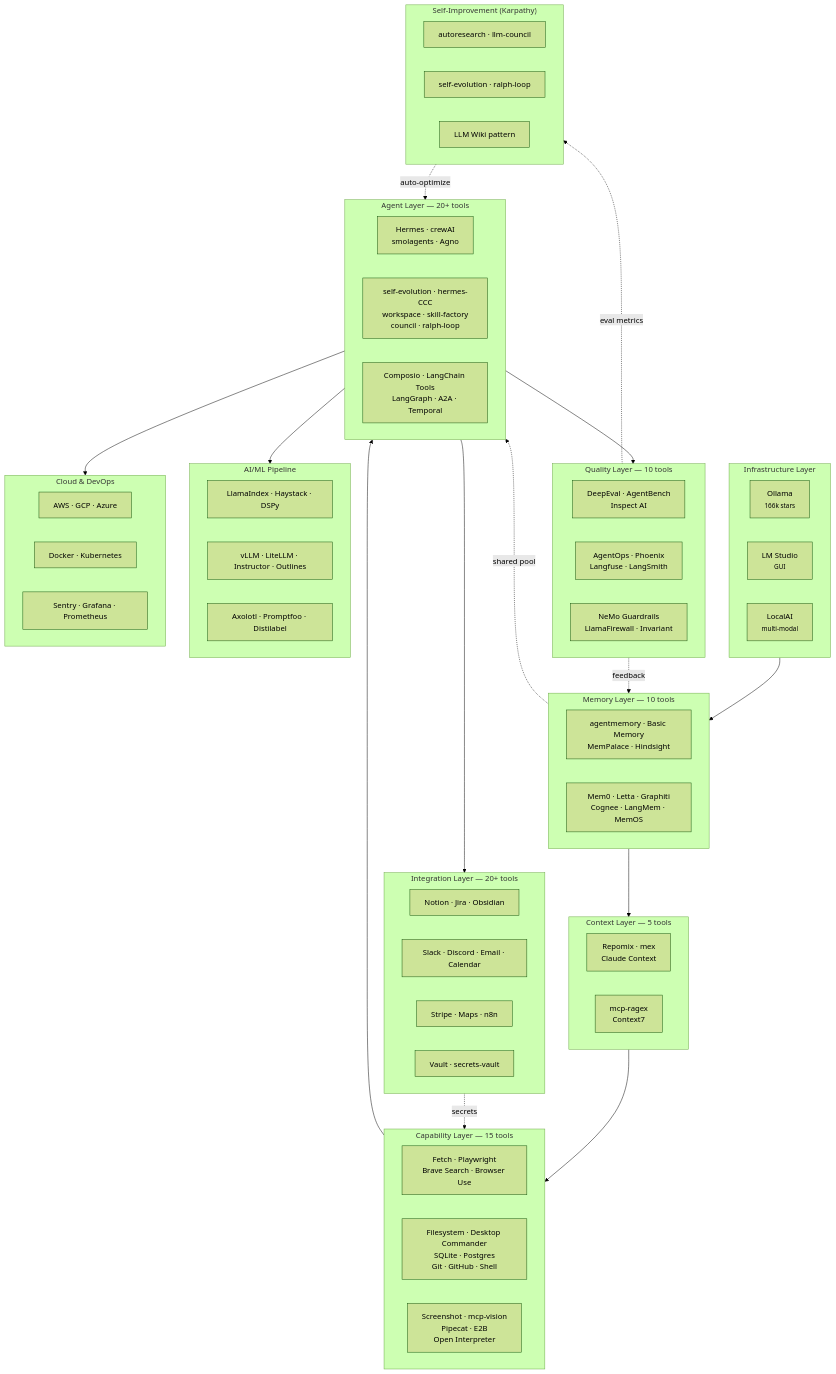
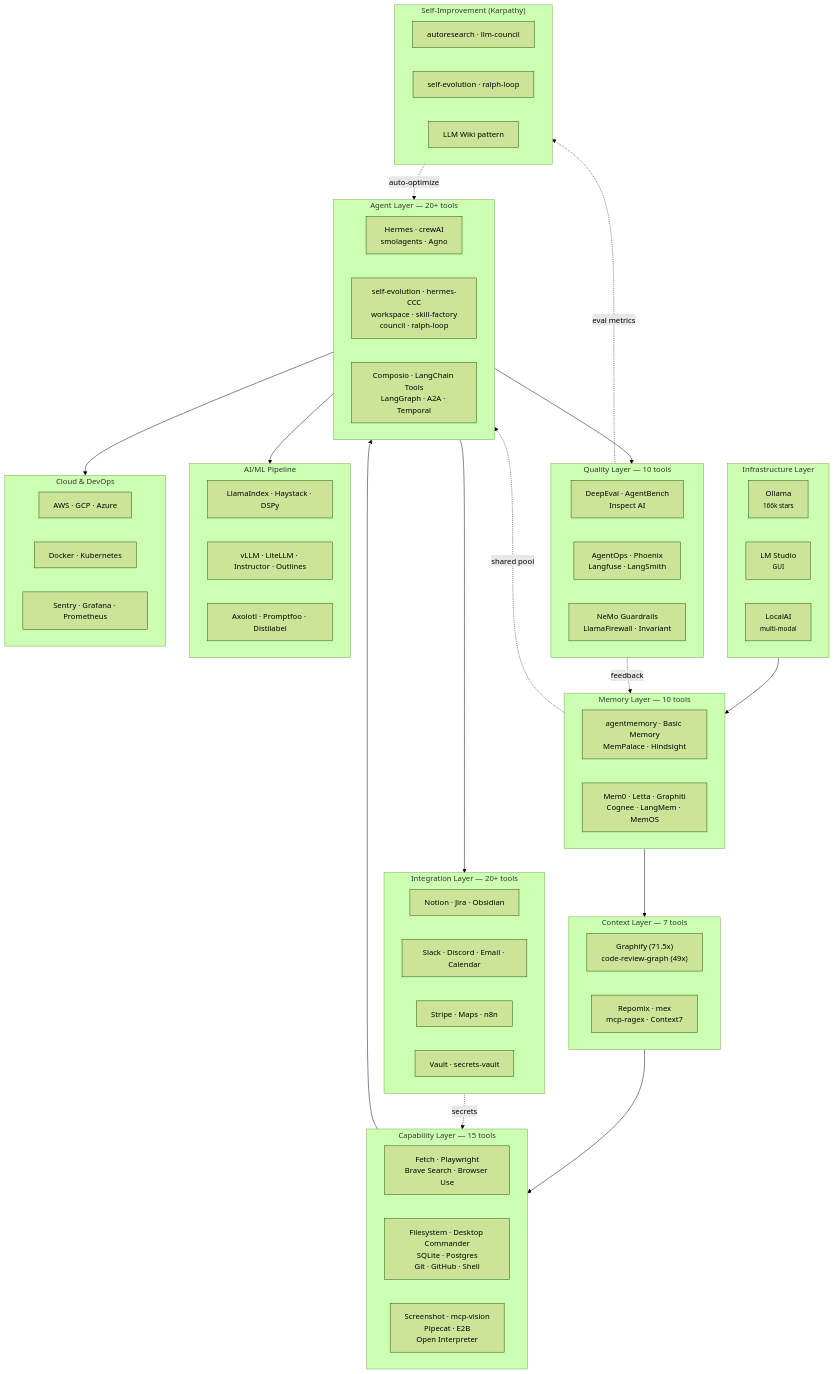
One commit to Yousifus/ai-evolution-stack changed the diagram in README.md. Above: the diagram before and after it, drawn with Mermaid (forest theme). The commit also changed other lines of this file and 3 other files, not shown here.

First line of the commit message:
Add Graphify (71.5x token reduction) and code-review-graph (49x)

```diff
--- a/README.md
+++ b/README.md
@@ -37,10 +37,10 @@
         M_ADV["Mem0 · Letta · Graphiti<br/>Cognee · LangMem · MemOS"]
     end
 
-    subgraph CONTEXT["Context Layer — 5 tools"]
+    subgraph CONTEXT["Context Layer — 7 tools"]
         direction LR
-        CTX1["Repomix · mex<br/>Claude Context"]
-        CTX2["mcp-ragex<br/>Context7"]
+        CTX1["Graphify (71.5x)<br/>code-review-graph (49x)"]
+        CTX2["Repomix · mex<br/>mcp-ragex · Context7"]
     end
 
     subgraph TOOLS["Capability Layer — 15 tools"]
```
